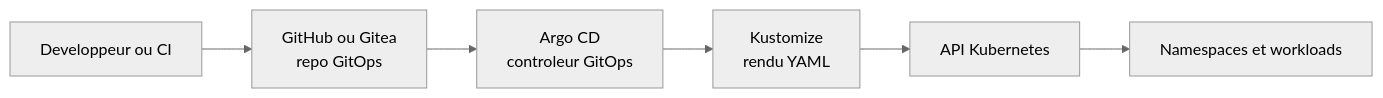
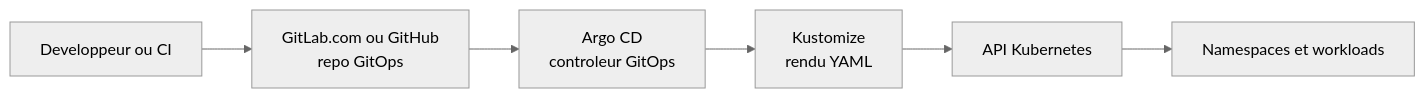
One commit to ClementV78/shop-demo changed the second of 2 diagrams in docs/comment-ca-marche.md. Above: the diagram before and after it, drawn with Mermaid (neutral theme). The commit also changed other lines of this file and 17 other files, not shown here.

````diff
--- a/docs/comment-ca-marche.md
+++ b/docs/comment-ca-marche.md
@@ -406,8 +404,8 @@
 ```mermaid
 flowchart LR
-  D[Developpeur ou CI] --> G[GitHub ou Gitea<br/>repo GitOps]
+  D[Developpeur ou CI] --> G[GitLab.com ou GitHub<br/>repo GitOps]
   G --> A[Argo CD<br/>controleur GitOps]
   A --> K[Kustomize<br/>rendu YAML]
   K --> API[API Kubernetes]
   API --> R[Namespaces et workloads]
 ```
````
